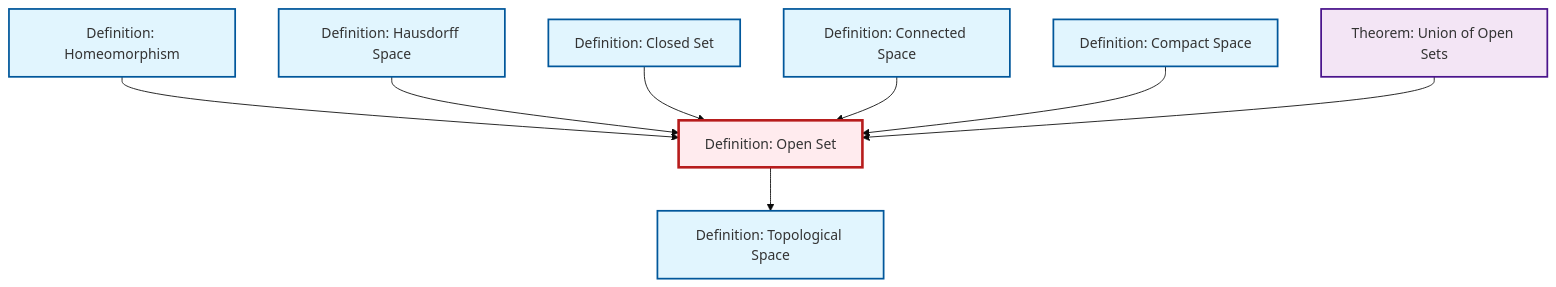
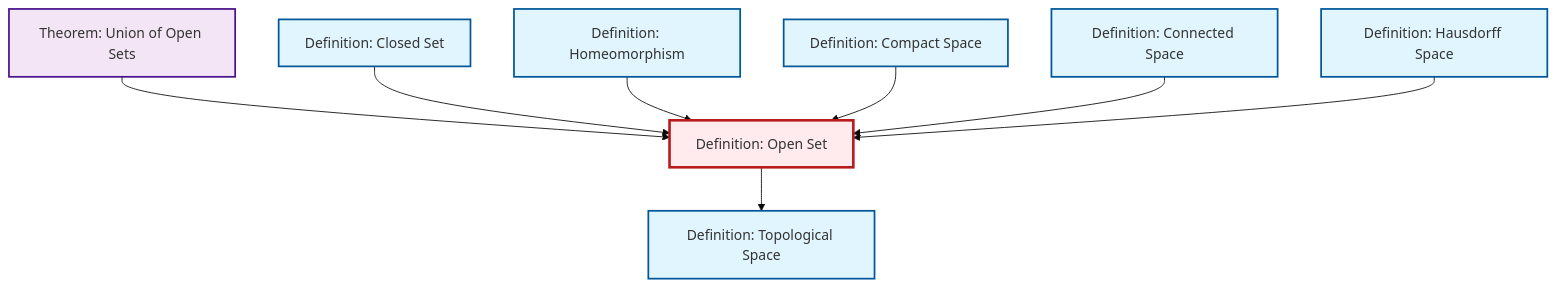
One commit to RK0429/ModernMath changed the diagram in content/en/topology/def-open-set.qmd. Above: the diagram before and after it, drawn with Mermaid (base theme). The commit also changed other lines of this file and 491 other files, not shown here.

````diff
--- a/content/en/topology/def-open-set.qmd
+++ b/content/en/topology/def-open-set.qmd
@@ -53,32 +53,32 @@
 ```{mermaid}
 %%| fig-cap: "Local dependency graph"
 graph TD
     classDef definition fill:#e1f5fe,stroke:#01579b,stroke-width:2px
     classDef theorem fill:#f3e5f5,stroke:#4a148c,stroke-width:2px
     classDef axiom fill:#fff3e0,stroke:#e65100,stroke-width:2px
     classDef example fill:#e8f5e9,stroke:#1b5e20,stroke-width:2px
     classDef current fill:#ffebee,stroke:#b71c1c,stroke-width:3px
+    def-hausdorff["Definition: Hausdorff Space"]:::definition
     def-closed-set["Definition: Closed Set"]:::definition
-    def-hausdorff["Definition: Hausdorff Space"]:::definition
+    def-connected["Definition: Connected Space"]:::definition
+    def-topological-space["Definition: Topological Space"]:::definition
     def-open-set["Definition: Open Set"]:::definition
+    def-compact["Definition: Compact Space"]:::definition
     thm-union-open-sets["Theorem: Union of Open Sets"]:::theorem
-    def-compact["Definition: Compact Space"]:::definition
-    def-connected["Definition: Connected Space"]:::definition
     def-homeomorphism["Definition: Homeomorphism"]:::definition
-    def-topological-space["Definition: Topological Space"]:::definition
+    def-open-set --> def-topological-space
+    thm-union-open-sets --> def-open-set
+    def-closed-set --> def-open-set
     def-homeomorphism --> def-open-set
+    def-compact --> def-open-set
+    def-connected --> def-open-set
     def-hausdorff --> def-open-set
-    def-closed-set --> def-open-set
-    def-open-set --> def-topological-space
-    def-connected --> def-open-set
-    def-compact --> def-open-set
-    thm-union-open-sets --> def-open-set
     class def-open-set current
+    click def-hausdorff "def-hausdorff.html" "Go to Hausdorff Space definition"
     click def-closed-set "def-closed-set.html" "Go to Closed Set definition"
-    click def-hausdorff "def-hausdorff.html" "Go to Hausdorff Space definition"
+    click def-connected "def-connected.html" "Go to Connected Space definition"
+    click def-topological-space "def-topological-space.html" "Go to Topological Space definition"
+    click def-compact "def-compact.html" "Go to Compact Space definition"
     click thm-union-open-sets "thm-union-open-sets.html" "Go to Union of Open Sets theorem"
-    click def-compact "def-compact.html" "Go to Compact Space definition"
-    click def-connected "def-connected.html" "Go to Connected Space definition"
     click def-homeomorphism "def-homeomorphism.html" "Go to Homeomorphism definition"
-    click def-topological-space "def-topological-space.html" "Go to Topological Space definition"
 ```
````
